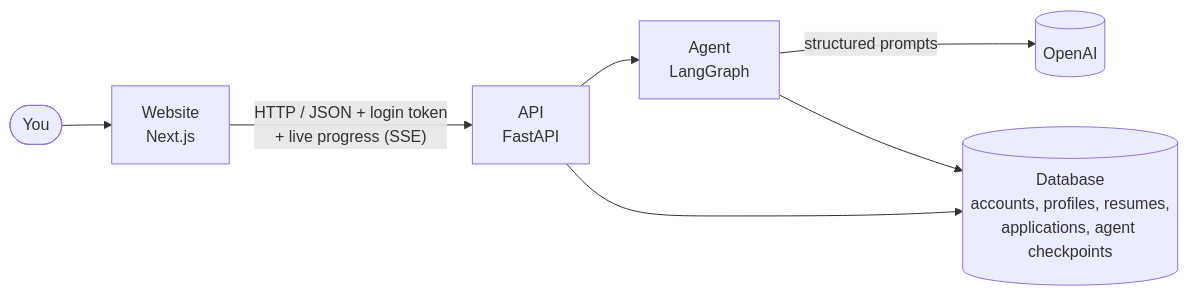
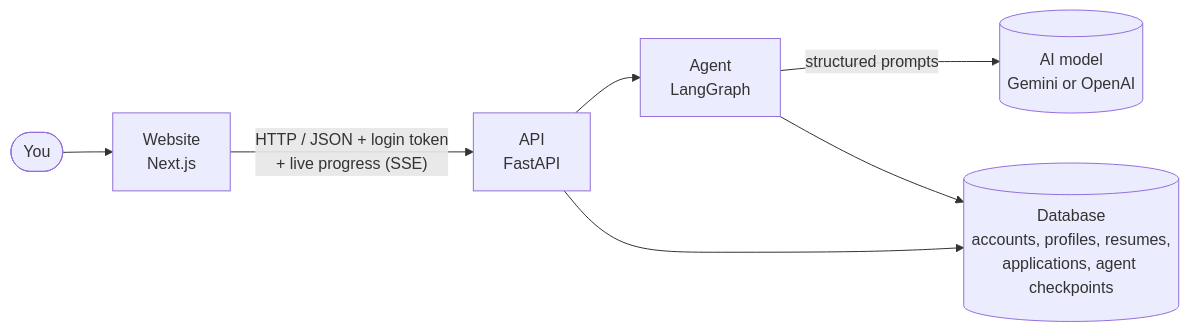
One commit to nilabhnahideka/job-copilot changed the first of 3 diagrams in docs/architecture.md. Above: the diagram before and after it, drawn with Mermaid. The commit also changed other lines of this file and 12 other files, not shown here.

````diff
--- a/docs/architecture.md
+++ b/docs/architecture.md
@@ -7,9 +7,9 @@
 ```mermaid
 flowchart LR
     U([You]) --> W["Website<br/>Next.js"]
     W -- "HTTP / JSON + login token<br/>+ live progress (SSE)" --> A["API<br/>FastAPI"]
     A --> G["Agent<br/>LangGraph"]
-    G -- "structured prompts" --> O[("OpenAI")]
+    G -- "structured prompts" --> O[("AI model<br/>Gemini or OpenAI")]
     A --> D[("Database<br/>accounts, profiles, resumes,<br/>applications, agent checkpoints")]
     G --> D
 ```
````
